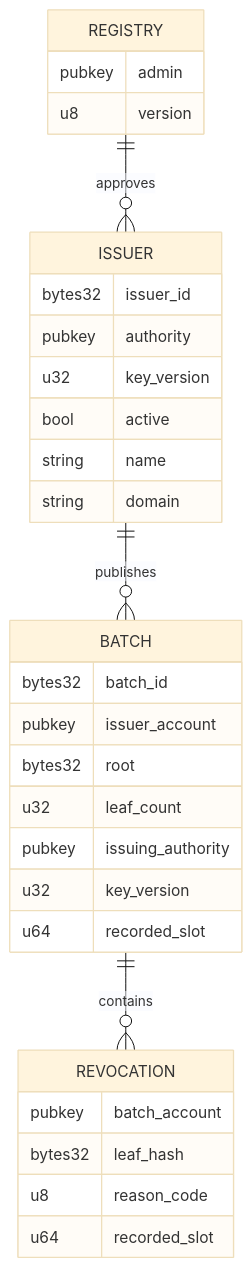
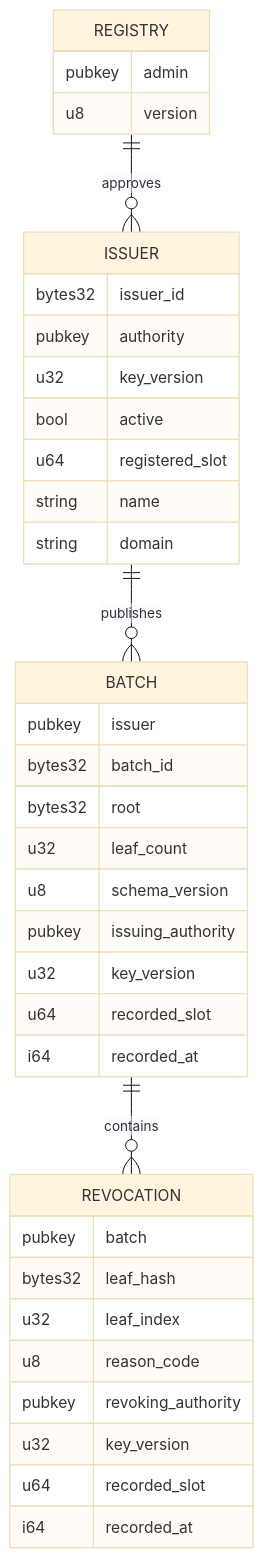
One commit to BangkitTheGreat/solvcred changed the fourth of 5 diagrams in docs/architecture.md. Above: the diagram before and after it, drawn with Mermaid (base theme). The commit also changed other lines of this file and 66 other files, not shown here.

````diff
--- a/docs/architecture.md
+++ b/docs/architecture.md
@@ -81,33 +86,40 @@
 ```mermaid
 erDiagram
   REGISTRY ||--o{ ISSUER : approves
   ISSUER ||--o{ BATCH : publishes
   BATCH ||--o{ REVOCATION : contains
   REGISTRY {
     pubkey admin
     u8 version
   }
   ISSUER {
     bytes32 issuer_id
     pubkey authority
     u32 key_version
     bool active
+    u64 registered_slot
     string name
     string domain
   }
   BATCH {
+    pubkey issuer
     bytes32 batch_id
-    pubkey issuer_account
     bytes32 root
     u32 leaf_count
+    u8 schema_version
     pubkey issuing_authority
     u32 key_version
     u64 recorded_slot
+    i64 recorded_at
   }
   REVOCATION {
-    pubkey batch_account
+    pubkey batch
     bytes32 leaf_hash
+    u32 leaf_index
     u8 reason_code
+    pubkey revoking_authority
+    u32 key_version
     u64 recorded_slot
+    i64 recorded_at
   }
 ```
````
